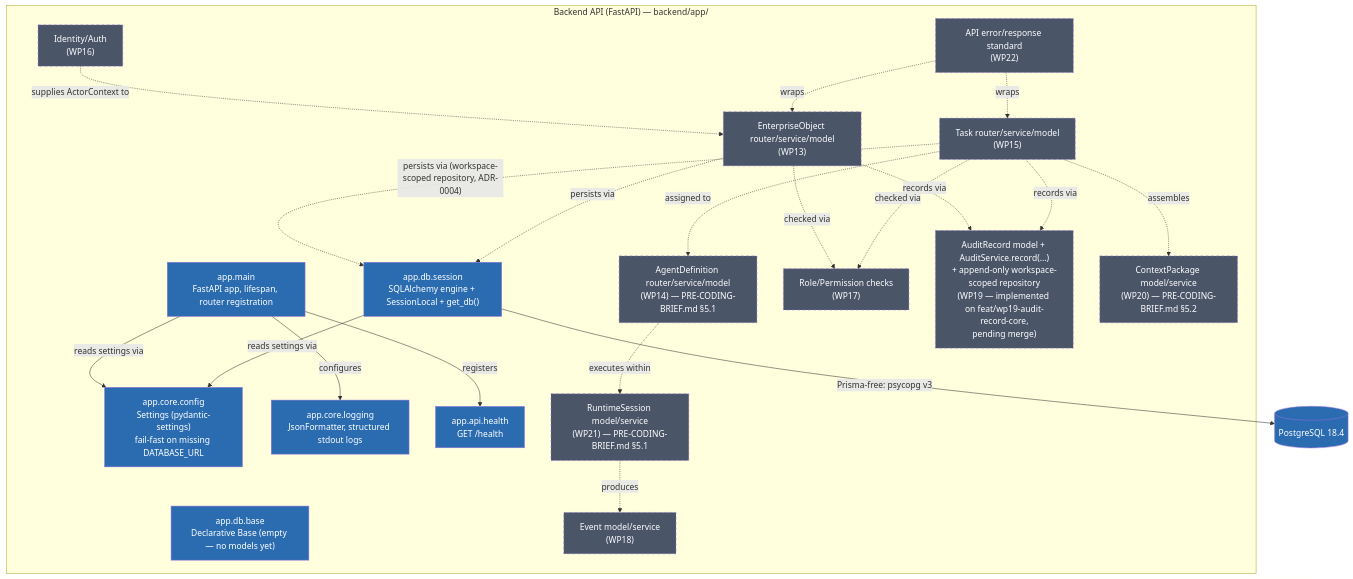
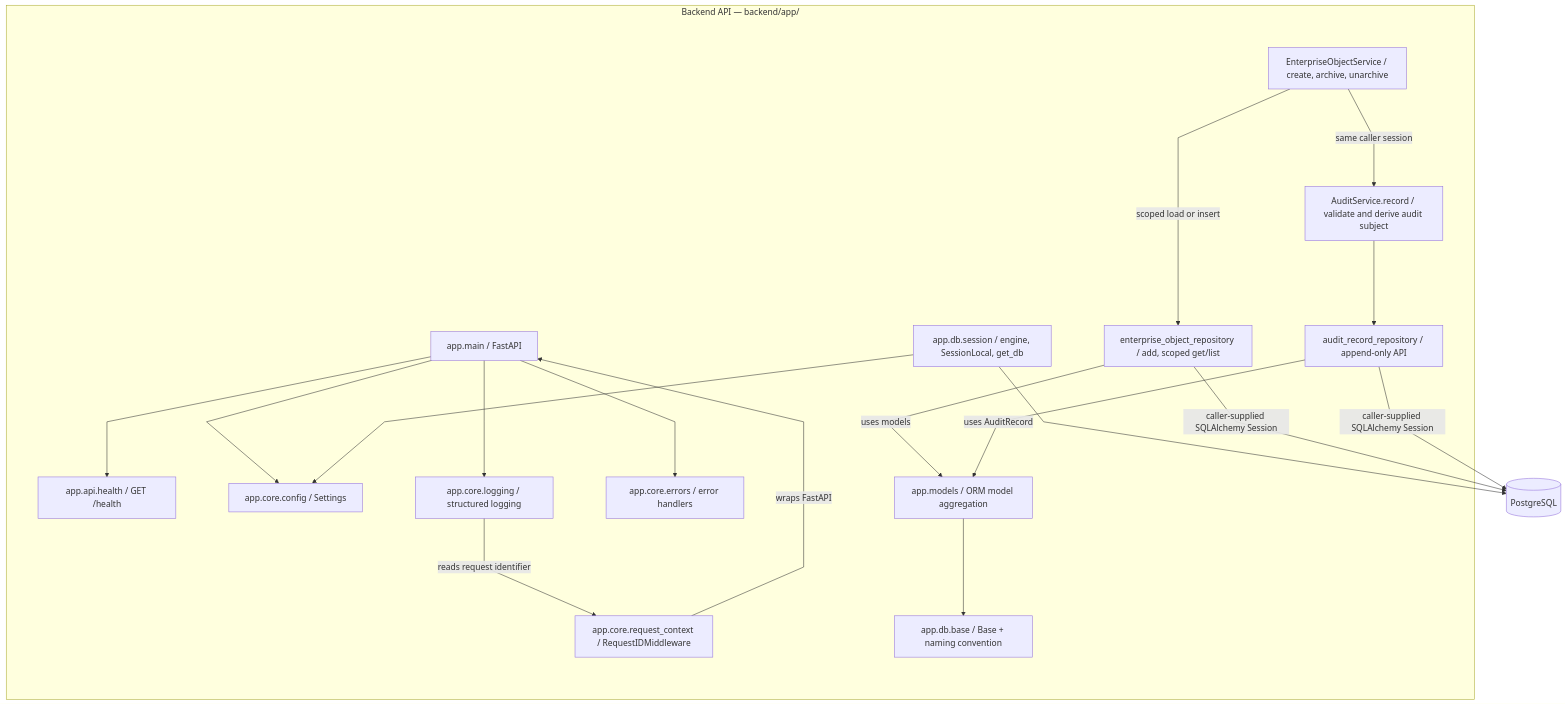
The first of 2 diagrams in docs/c4/C3_COMPONENT.md (ArtheosClub/Bizzi_Project), drawn with Mermaid before and after one commit. The commit also changed other lines of this file, not shown here.

First line of the commit message:
docs(c4): distinguish implemented layers and future integrations

````diff
--- a/docs/c4/C3_COMPONENT.md
+++ b/docs/c4/C3_COMPONENT.md
@@ -12,61 +10,36 @@
 ```mermaid
+%%{init: {"flowchart": {"nodeSpacing": 100, "rankSpacing": 160, "curve": "linear"}}}%%
 flowchart TB
-    subgraph API["Backend API (FastAPI) — backend/app/"]
-        config["app.core.config<br/>Settings (pydantic-settings)<br/>fail-fast on missing DATABASE_URL"]
-        logging_["app.core.logging<br/>JsonFormatter, structured stdout logs"]
-        dbsession["app.db.session<br/>SQLAlchemy engine + SessionLocal + get_db()"]
-        dbbase["app.db.base<br/>Declarative Base (empty — no models yet)"]
-        health["app.api.health<br/>GET /health"]
-        main["app.main<br/>FastAPI app, lifespan, router registration"]
-
-        eo["EnterpriseObject router/service/model<br/>(WP13)"]
-        agentDef["AgentDefinition router/service/model<br/>(WP14) — PRE-CODING-BRIEF.md §5.1"]
-        task["Task router/service/model<br/>(WP15)"]
-        identity["Identity/Auth<br/>(WP16)"]
-        rbac["Role/Permission checks<br/>(WP17)"]
-        event["Event model/service<br/>(WP18)"]
-        audit["AuditRecord model + AuditService.record(...)<br/>+ append-only workspace-scoped repository<br/>(WP19 — implemented on feat/wp19-audit-record-core,<br/>pending merge)"]
-        context["ContextPackage model/service<br/>(WP20) — PRE-CODING-BRIEF.md §5.2"]
-        runtime["RuntimeSession model/service<br/>(WP21) — PRE-CODING-BRIEF.md §5.1"]
-        apistd["API error/response standard<br/>(WP22)"]
+    subgraph API["Backend API — backend/app/"]
+        main["app.main / FastAPI"]
+        health["app.api.health / GET /health"]
+        config["app.core.config / Settings"]
+        logging_["app.core.logging / structured logging"]
+        errors["app.core.errors / error handlers"]
+        request["app.core.request_context / RequestIDMiddleware"]
+        session["app.db.session / engine, SessionLocal, get_db"]
+        base["app.db.base / Base + naming convention"]
+        models["app.models / ORM model aggregation"]
+        eo["EnterpriseObjectService / create, archive, unarchive"]
+        eorepo["enterprise_object_repository / add, scoped get/list"]
+        audit["AuditService.record / validate and derive audit subject"]
+        auditrepo["audit_record_repository / append-only API"]
     end
-    db[("PostgreSQL 18.4")]
-
-    main -->|"registers"| health
-    main -->|"reads settings via"| config
-    main -->|"configures"| logging_
-    dbsession -->|"reads settings via"| config
-    dbsession -->|"Prisma-free: psycopg v3"| db
-
-    identity -.->|"supplies ActorContext to"| eo
-    eo -.->|"checked via"| rbac
-    task -.->|"checked via"| rbac
-    task -.->|"assigned to"| agentDef
-    task -.->|"assembles"| context
-    agentDef -.->|"executes within"| runtime
-    runtime -.->|"produces"| event
-    eo -.->|"records via"| audit
-    task -.->|"records via"| audit
-    task -.->|"persists via (workspace-scoped repository, ADR-0004)"| dbsession
-    eo -.->|"persists via"| dbsession
-    apistd -.->|"wraps"| eo
-    apistd -.->|"wraps"| task
-
-    style main fill:#2b6cb0,color:#fff
-    style config fill:#2b6cb0,color:#fff
-    style logging_ fill:#2b6cb0,color:#fff
-    style dbsession fill:#2b6cb0,color:#fff
-    style dbbase fill:#2b6cb0,color:#fff
-    style health fill:#2b6cb0,color:#fff
-    style db fill:#2b6cb0,color:#fff
-    style eo fill:#4a5568,color:#fff,stroke-dasharray: 5 5
-    style agentDef fill:#4a5568,color:#fff,stroke-dasharray: 5 5
-    style task fill:#4a5568,color:#fff,stroke-dasharray: 5 5
-    style identity fill:#4a5568,color:#fff,stroke-dasharray: 5 5
-    style rbac fill:#4a5568,color:#fff,stroke-dasharray: 5 5
-    style event fill:#4a5568,color:#fff,stroke-dasharray: 5 5
-    style audit fill:#4a5568,color:#fff,stroke-dasharray: 5 5
-    style context fill:#4a5568,color:#fff,stroke-dasharray: 5 5
-    style runtime fill:#4a5568,color:#fff,stroke-dasharray: 5 5
-    style apistd fill:#4a5568,color:#fff,stroke-dasharray: 5 5
+    db[("PostgreSQL")]
+    main --> health
+    main --> config
+    main --> logging_
+    main --> errors
+    request -->|"wraps FastAPI"| main
+    logging_ -->|"reads request identifier"| request
+    session --> config
+    session --> db
+    models --> base
+    eo -->|"scoped load or insert"| eorepo
+    eo -->|"same caller session"| audit
+    audit --> auditrepo
+    eorepo -->|"uses models"| models
+    auditrepo -->|"uses AuditRecord"| models
+    eorepo -->|"caller-supplied SQLAlchemy Session"| db
+    auditrepo -->|"caller-supplied SQLAlchemy Session"| db
 ```
````
